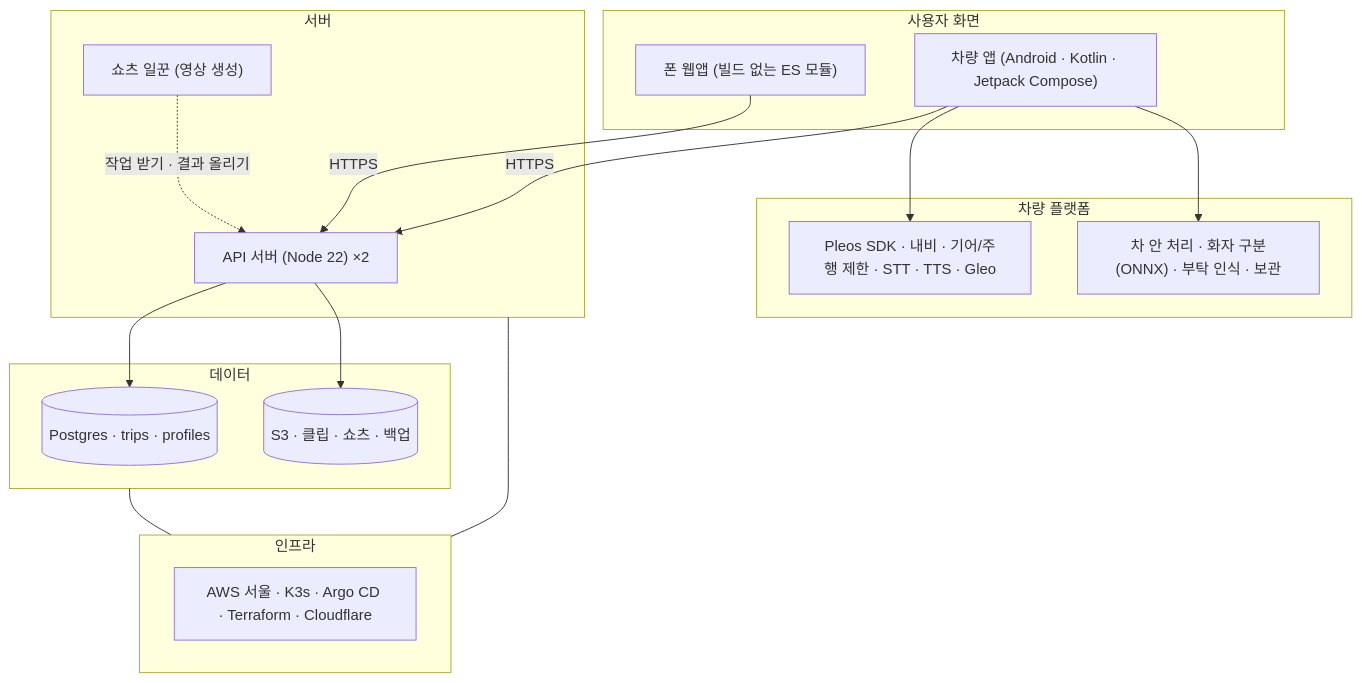
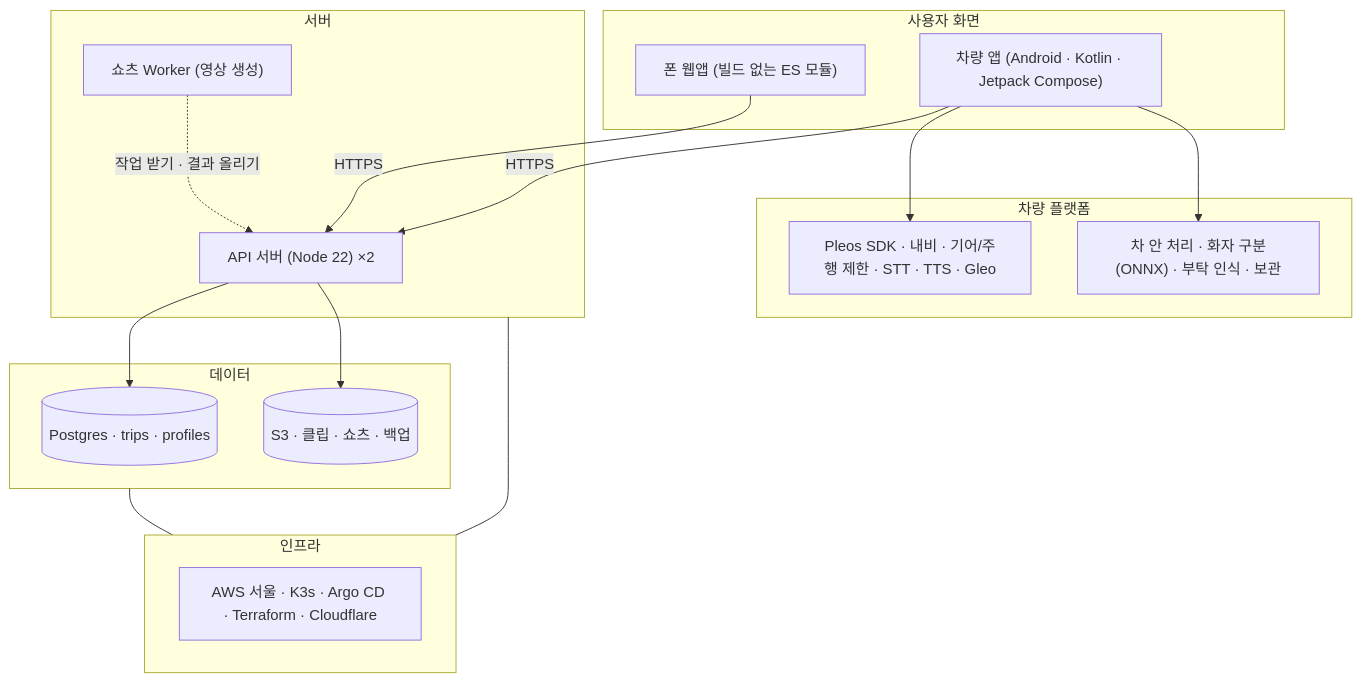
Before and after one commit to team-pitcrew/gachita: the first of 3 diagrams in README.md, drawn with Mermaid. The commit also changed other lines of this file, not shown here.

Commit message:
Rename '쇼츠 일꾼' to '쇼츠 Worker' in README

````diff
--- a/README.md
+++ b/README.md
@@ -43,31 +43,31 @@
 ```mermaid
 flowchart TB
   subgraph L1["사용자 화면"]
     car["차량 앱 (Android · Kotlin · Jetpack Compose)"]
     web["폰 웹앱 (빌드 없는 ES 모듈)"]
   end
   subgraph L2["차량 플랫폼"]
     pleos["Pleos SDK · 내비 · 기어/주행 제한 · STT · TTS · Gleo"]
     ondevice["차 안 처리 · 화자 구분(ONNX) · 부탁 인식 · 보관"]
   end
   subgraph L3["서버"]
     api["API 서버 (Node 22) ×2"]
-    worker["쇼츠 일꾼 (영상 생성)"]
+    worker["쇼츠 Worker (영상 생성)"]
   end
   subgraph L4["데이터"]
     pg[("Postgres · trips · profiles")]
     s3[("S3 · 클립 · 쇼츠 · 백업")]
   end
   subgraph L5["인프라"]
     infra["AWS 서울 · K3s · Argo CD · Terraform · Cloudflare"]
   end
   car --> pleos
   car --> ondevice
   car -- HTTPS --> api
   web -- HTTPS --> api
   api --> pg
   api --> s3
   worker -. 작업 받기 · 결과 올리기 .-> api
   L3 --- L5
   L4 --- L5
 ```
````
